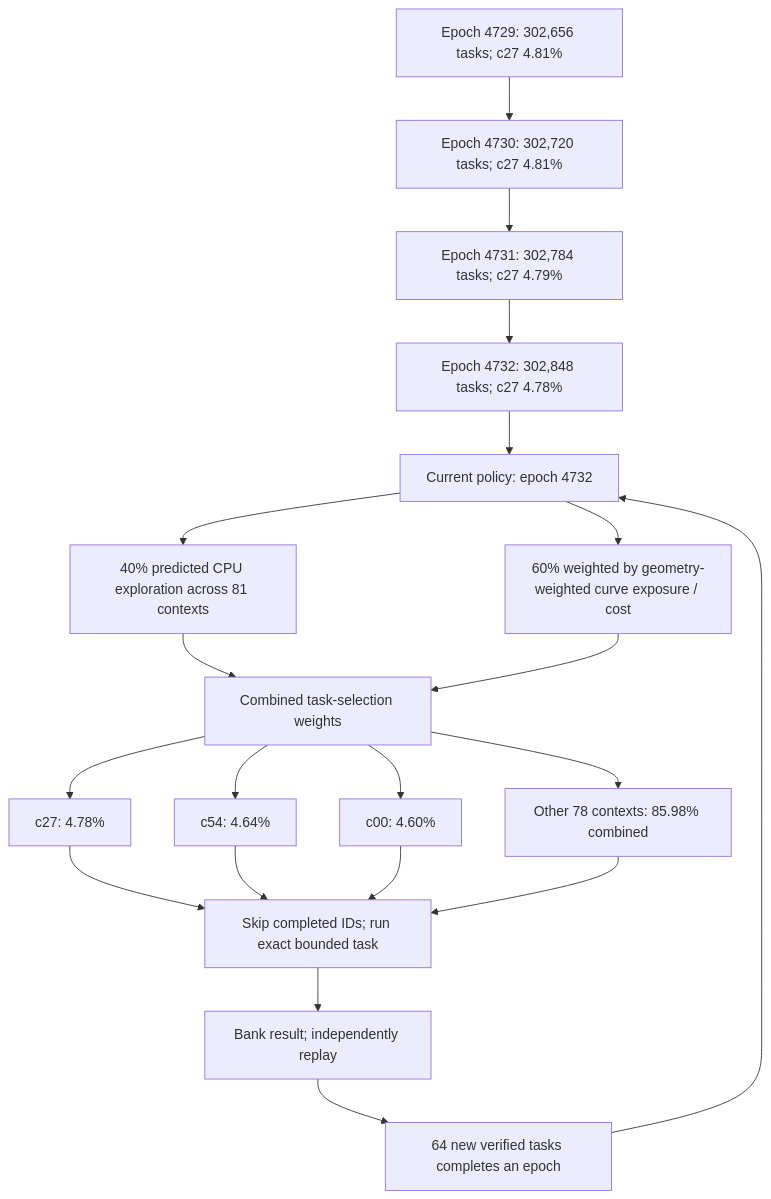
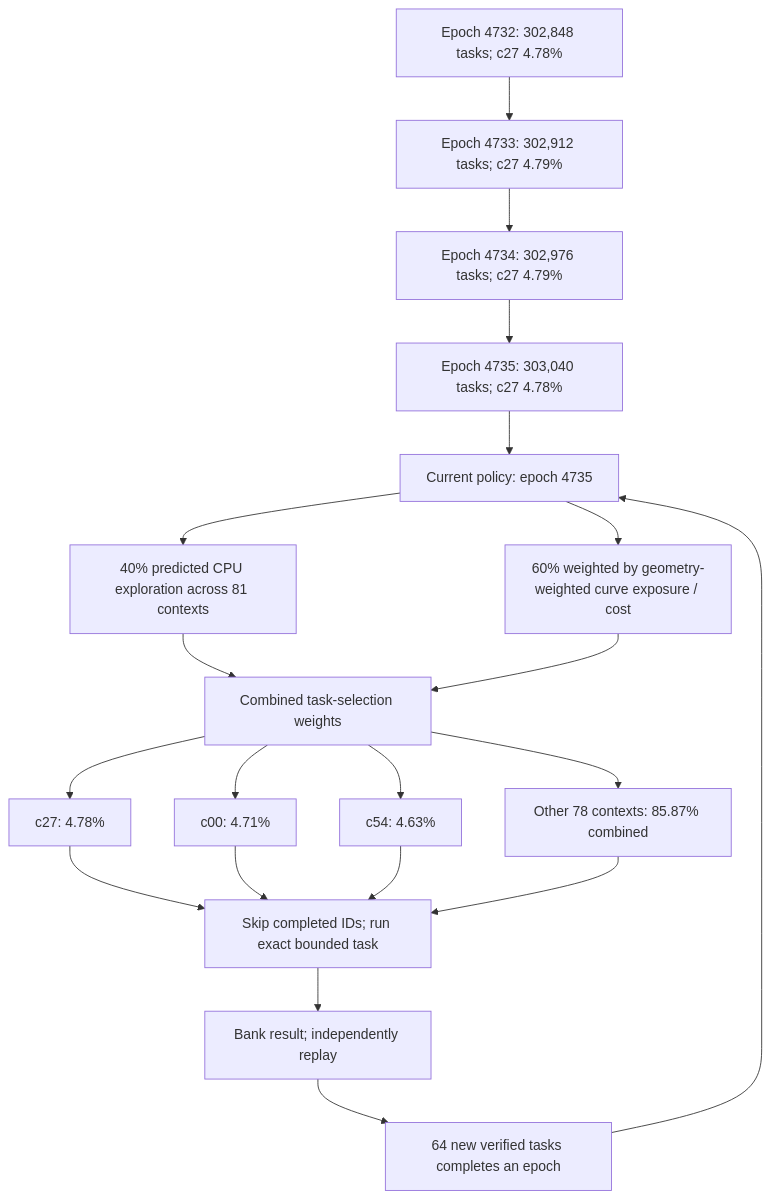
The first of 3 diagrams in README.md (Kuberwastaken/math-gambling), drawn with Mermaid before and after one commit. The commit also changed other lines of this file and 534 other files, not shown here.

````diff
--- a/README.md
+++ b/README.md
@@ -60,27 +60,27 @@
 ```mermaid
 flowchart TD
-    H0["Epoch 4729: 302,656 tasks; c27 4.81%"]
-    H1["Epoch 4730: 302,720 tasks; c27 4.81%"]
+    H0["Epoch 4732: 302,848 tasks; c27 4.78%"]
+    H1["Epoch 4733: 302,912 tasks; c27 4.79%"]
     H0 --> H1
-    H2["Epoch 4731: 302,784 tasks; c27 4.79%"]
+    H2["Epoch 4734: 302,976 tasks; c27 4.79%"]
     H1 --> H2
-    H3["Epoch 4732: 302,848 tasks; c27 4.78%"]
+    H3["Epoch 4735: 303,040 tasks; c27 4.78%"]
     H2 --> H3
-    Policy["Current policy: epoch 4732"]
+    Policy["Current policy: epoch 4735"]
     H3 --> Policy
     Policy --> Explore["40% predicted CPU exploration across 81 contexts"]
     Policy --> Cost["60% weighted by geometry-weighted curve exposure / cost"]
     Explore --> Mix["Combined task-selection weights"]
     Cost --> Mix
     Mix --> C0["c27: 4.78%"]
-    Mix --> C1["c54: 4.64%"]
-    Mix --> C2["c00: 4.60%"]
-    Mix --> Rest["Other 78 contexts: 85.98% combined"]
+    Mix --> C1["c00: 4.71%"]
+    Mix --> C2["c54: 4.63%"]
+    Mix --> Rest["Other 78 contexts: 85.87% combined"]
     C0 --> Check["Skip completed IDs; run exact bounded task"]
     C1 --> Check
     C2 --> Check
     Rest --> Check
     Check --> Replay["Bank result; independently replay"]
     Replay --> Gate["64 new verified tasks completes an epoch"]
     Gate --> Policy
 ```
````
